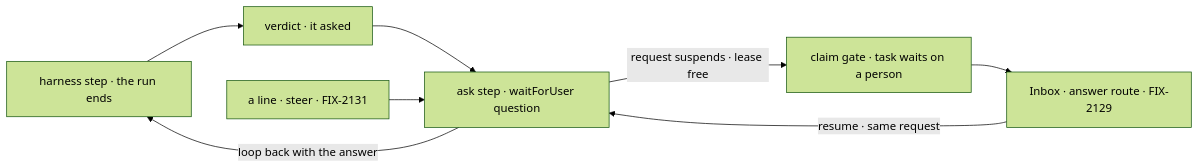
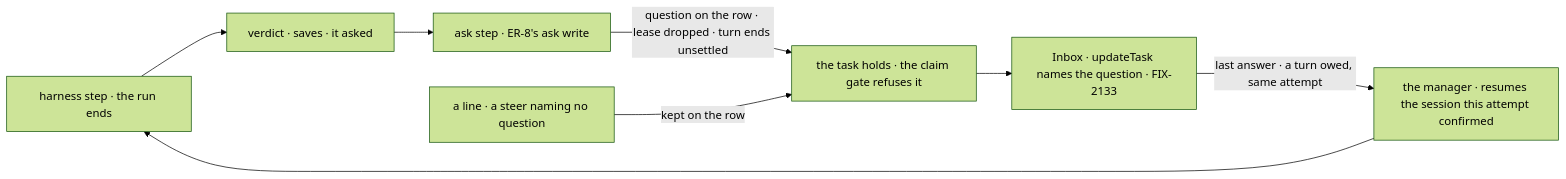
One commit to fixpoint-labs/flow-state-dev changed the second of 2 diagrams in specs/issues/FIX-2132/SPEC.md. Above: the diagram before and after it, drawn with Mermaid (forest theme). The commit also changed other lines of this file and 5 other files, not shown here.

First line of the commit message:
spec(FIX-2132): re-spec on the epic amendment — a coding run's question holds its task

````diff
--- a/specs/issues/FIX-2132/SPEC.md
+++ b/specs/issues/FIX-2132/SPEC.md
@@ -86,10 +91,10 @@
 ```mermaid
 flowchart LR
-  R["harness step · the run ends"] --> V["verdict · it asked"]
-  V --> W["ask step · waitForUser question"]
-  W -->|"request suspends · lease free"| T["claim gate · task waits on a person"]
-  T --> I["Inbox · answer route · FIX-2129"]
-  L["a line · steer · FIX-2131"] --> W
-  I -->|"resume · same request"| W
-  W -->|"loop back with the answer"| R
+  R["harness step · the run ends"] --> V["verdict · saves · it asked"]
+  V --> W["ask step · ER-8's ask write"]
+  W -->|"question on the row · lease dropped · turn ends unsettled"| T["the task holds · the claim gate refuses it"]
+  T --> I["Inbox · updateTask names the question · FIX-2133"]
+  L["a line · a steer naming no question"] -->|"kept on the row"| T
+  I -->|"last answer · a turn owed, same attempt"| M["the manager · resumes the session this attempt confirmed"]
+  M --> R
 ```
````
